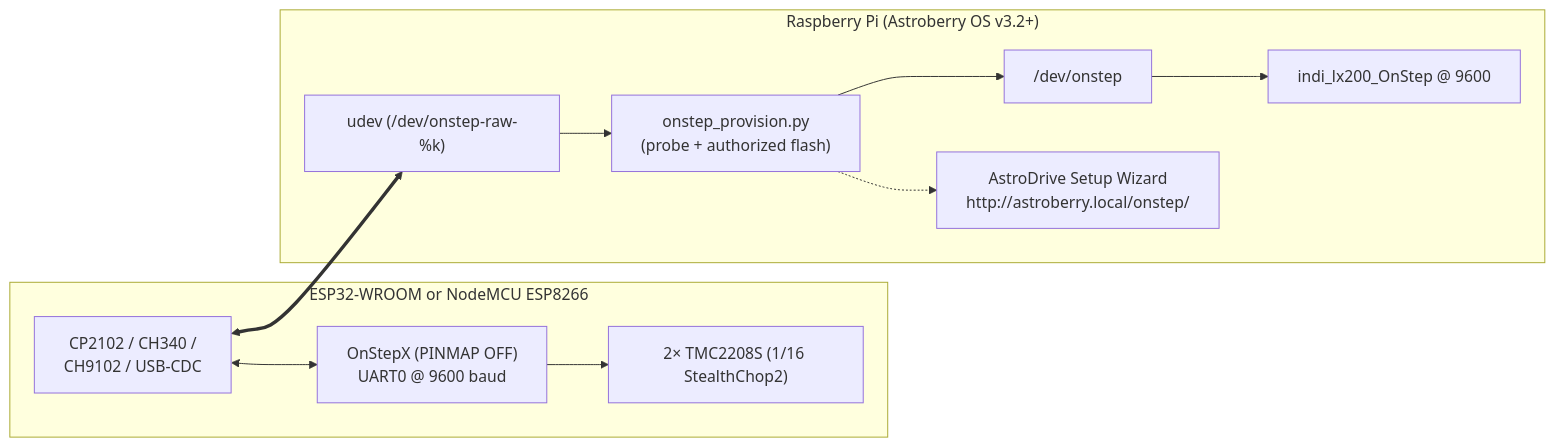
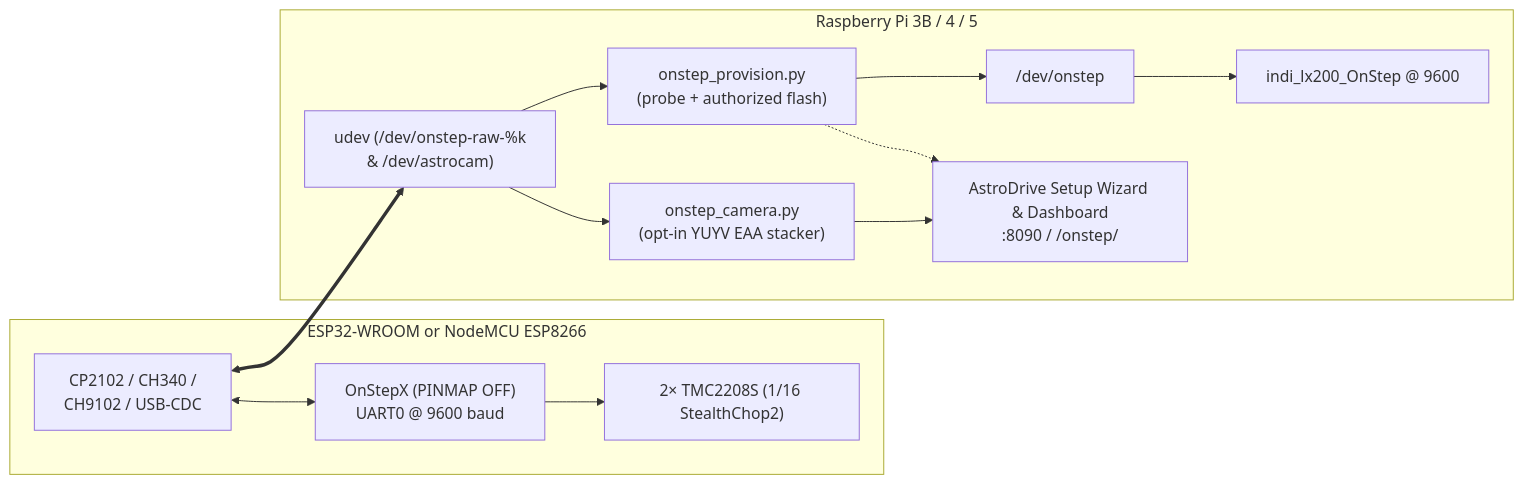
One commit to 0denko/AstroDrive changed the diagram in README.md. Above: the diagram before and after it, drawn with Mermaid. The commit also changed other lines of this file and 14 other files, not shown here.

Commit message:
v1.3.0: switch licence to GPLv3 and add Pi 3B USB Camera + EAA Live Stacker

````diff
--- a/README.md
+++ b/README.md
@@ -129,19 +146,21 @@
 ```mermaid
 flowchart LR
     subgraph MCU["ESP32-WROOM or NodeMCU ESP8266"]
         USB["CP2102 / CH340 /\nCH9102 / USB-CDC"]
         FW["OnStepX (PINMAP OFF)\nUART0 @ 9600 baud"]
         DRV["2× TMC2208S (1/16 StealthChop2)"]
         USB <--> FW --> DRV
     end
-    subgraph RPI["Raspberry Pi (Astroberry OS v3.2+)"]
-        UDEV["udev (/dev/onstep-raw-%k)"]
+    subgraph RPI["Raspberry Pi 3B / 4 / 5"]
+        UDEV["udev (/dev/onstep-raw-%k\n& /dev/astrocam)"]
         PROV["onstep_provision.py\n(probe + authorized flash)"]
+        CAM["onstep_camera.py\n(opt-in YUYV EAA stacker)"]
         LINK["/dev/onstep"]
         INDI["indi_lx200_OnStep @ 9600"]
-        UI["AstroDrive Setup Wizard\nhttp://astroberry.local/onstep/"]
+        UI["AstroDrive Setup Wizard & Dashboard\n:8090 / /onstep/"]
         UDEV --> PROV --> LINK --> INDI
+        UDEV --> CAM --> UI
         PROV -.-> UI
     end
     USB <==> UDEV
 ```
````
